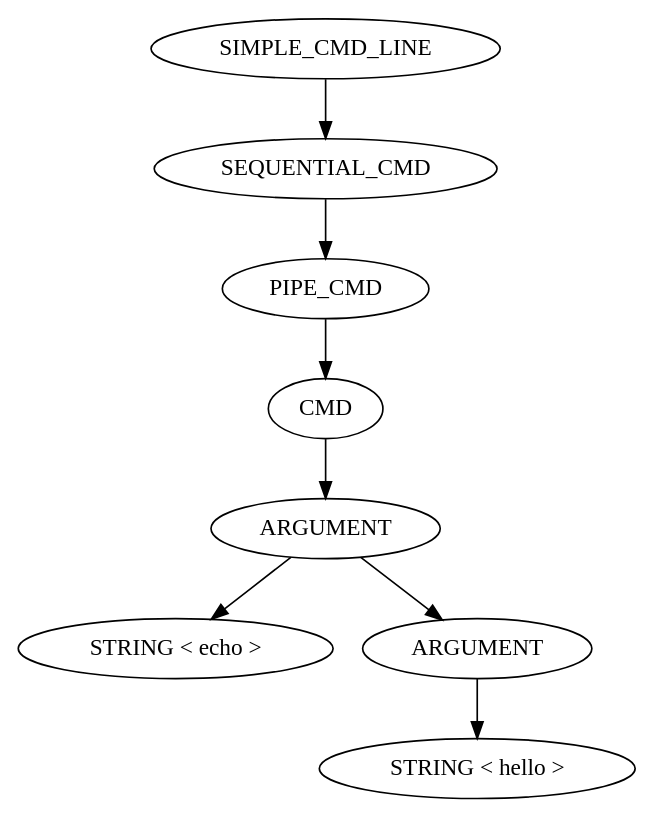
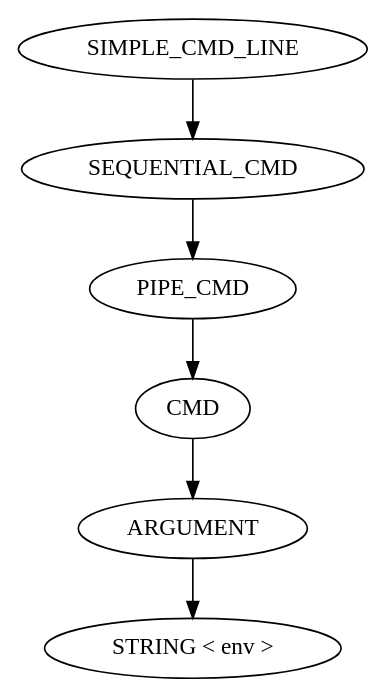
Before and after one commit to Glimbyte/exoshell: the diagram in parser.dot, drawn with Graphviz. The commit also changed 38 other files, not shown here.

```diff
--- a/parser.dot
+++ b/parser.dot
@@ -1,17 +1,13 @@
 digraph PARSER {
-	NODE_0x7f83f3e001b0 [label="SIMPLE_CMD_LINE\n"];
-	NODE_0x7f83f3e001b0 -> NODE_0x7f83f3e00190
-	NODE_0x7f83f3e00190 [label="SEQUENTIAL_CMD\n"];
-	NODE_0x7f83f3e00190 -> NODE_0x7f83f3e00170
-	NODE_0x7f83f3e00170 [label="PIPE_CMD\n"];
-	NODE_0x7f83f3e00170 -> NODE_0x7f83f3e00150
-	NODE_0x7f83f3e00150 [label="CMD\n"];
-	NODE_0x7f83f3e00150 -> NODE_0x7f83f3e00130
-	NODE_0x7f83f3e00130 [label="ARGUMENT\n"];
-	NODE_0x7f83f3e00130 -> NODE_0x7f83f3e000d0
-	NODE_0x7f83f3e00130 -> NODE_0x7f83f3e00110
-	NODE_0x7f83f3e000d0 [label="STRING < echo >\n"];
-	NODE_0x7f83f3e00110 [label="ARGUMENT\n"];
-	NODE_0x7f83f3e00110 -> NODE_0x7f83f3e000f0
-	NODE_0x7f83f3e000f0 [label="STRING < hello >\n"];
+	NODE_0x145e081f0 [label="SIMPLE_CMD_LINE\n"];
+	NODE_0x145e081f0 -> NODE_0x145e081d0
+	NODE_0x145e081d0 [label="SEQUENTIAL_CMD\n"];
+	NODE_0x145e081d0 -> NODE_0x145e081b0
+	NODE_0x145e081b0 [label="PIPE_CMD\n"];
+	NODE_0x145e081b0 -> NODE_0x145e08190
+	NODE_0x145e08190 [label="CMD\n"];
+	NODE_0x145e08190 -> NODE_0x145e08170
+	NODE_0x145e08170 [label="ARGUMENT\n"];
+	NODE_0x145e08170 -> NODE_0x145e08150
+	NODE_0x145e08150 [label="STRING < env >\n"];
 }
```
